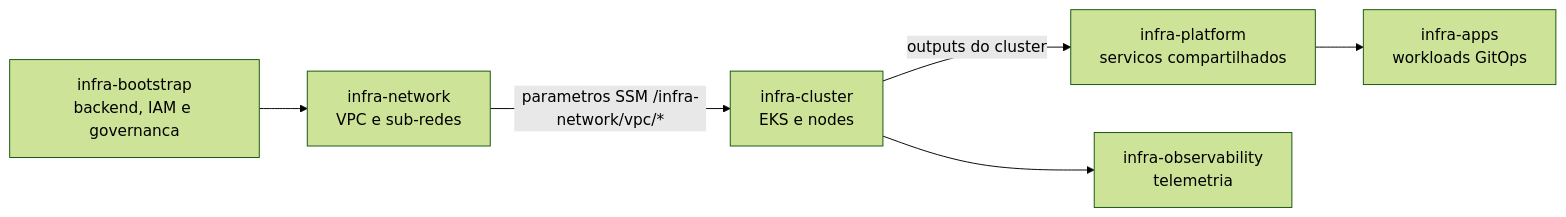
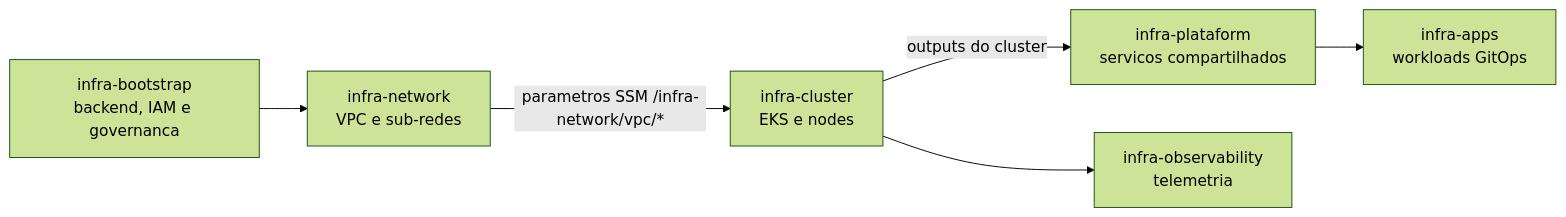
Before and after one commit to AloisioBarbosa/infra-cluster: the diagram in README.md, drawn with Mermaid (forest theme). The commit also changed other lines of this file and 5 other files, not shown here.

Commit message:
docs: rename infra-plataform contracts

````diff
--- a/README.md
+++ b/README.md
@@ -42,8 +42,8 @@
 ```mermaid
 flowchart LR
   B["infra-bootstrap\nbackend, IAM e governanca"] --> N["infra-network\nVPC e sub-redes"]
   N -->|"parametros SSM /infra-network/vpc/*"| C["infra-cluster\nEKS e nodes"]
-  C -->|"outputs do cluster"| P["infra-platform\nservicos compartilhados"]
+  C -->|"outputs do cluster"| P["infra-plataform\nservicos compartilhados"]
   P --> A["infra-apps\nworkloads GitOps"]
   C --> O["infra-observability\ntelemetria"]
 ```
````
